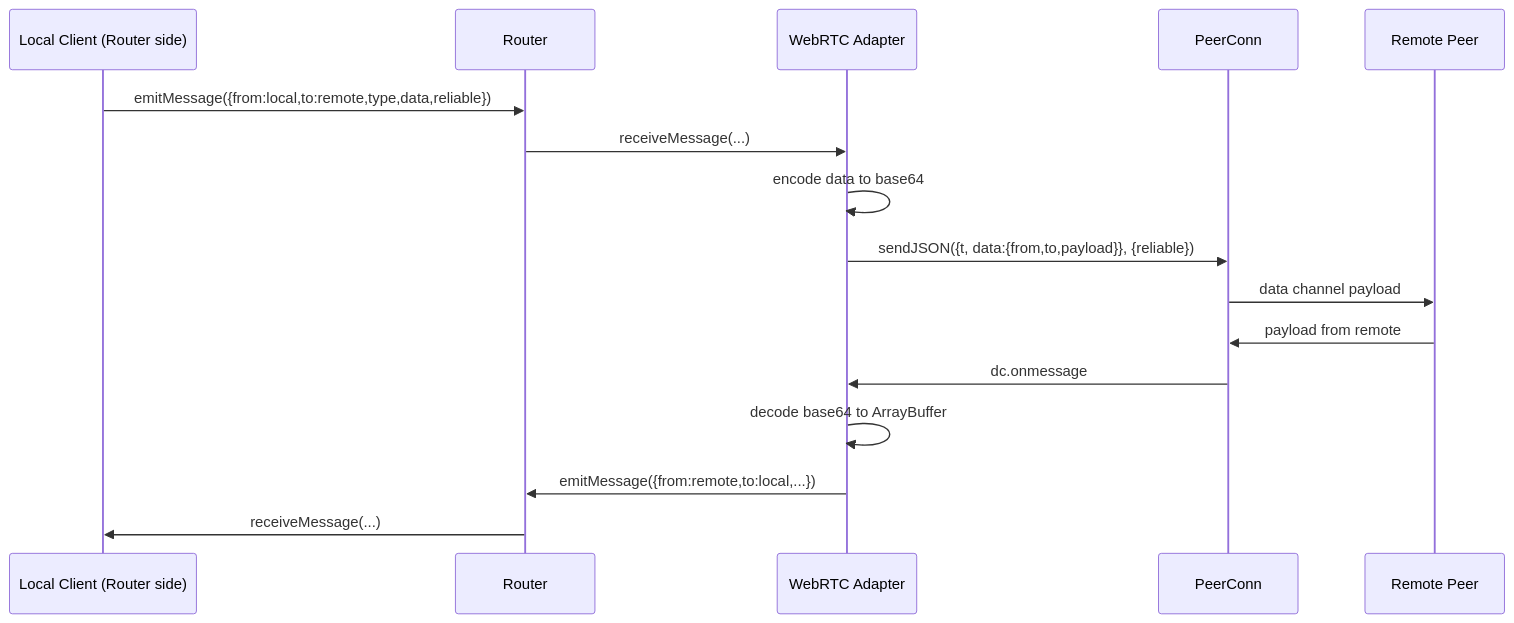
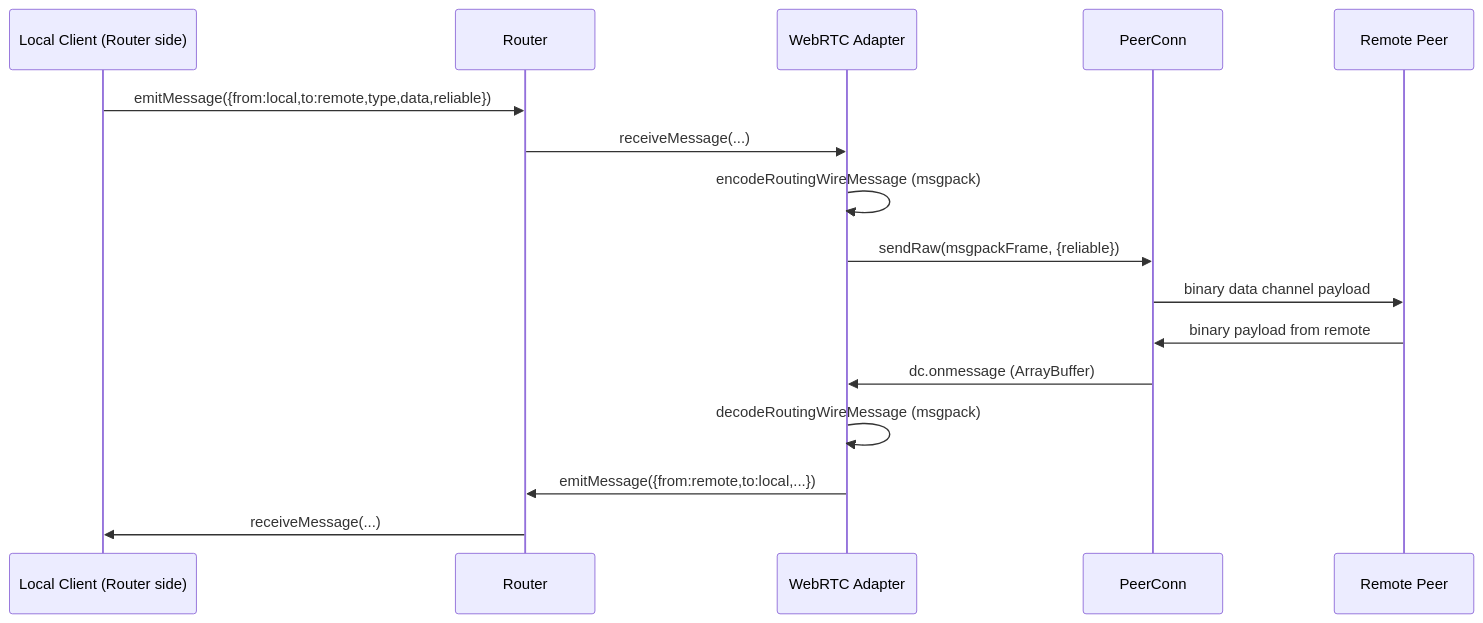
The sixth of 6 diagrams in docs/routing.md (pjoe/gamenet), drawn with Mermaid before and after one commit. The commit also changed other lines of this file and 1 other file, not shown here.

Commit message:
docs: update architecture documentation to include additional app examples and clarify worker-hosted server setup

````diff
--- a/docs/routing.md
+++ b/docs/routing.md
@@ -328,20 +329,20 @@
 ```mermaid
 sequenceDiagram
     participant L as Local Client (Router side)
     participant R as Router
     participant RA as WebRTC Adapter
     participant PC as PeerConn
     participant RP as Remote Peer
 
     L->>R: emitMessage({from:local,to:remote,type,data,reliable})
     R->>RA: receiveMessage(...)
-    RA->>RA: encode data to base64
-    RA->>PC: sendJSON({t, data:{from,to,payload}}, {reliable})
-    PC->>RP: data channel payload
+    RA->>RA: encodeRoutingWireMessage (msgpack)
+    RA->>PC: sendRaw(msgpackFrame, {reliable})
+    PC->>RP: binary data channel payload
 
-    RP->>PC: payload from remote
-    PC->>RA: dc.onmessage
-    RA->>RA: decode base64 to ArrayBuffer
+    RP->>PC: binary payload from remote
+    PC->>RA: dc.onmessage (ArrayBuffer)
+    RA->>RA: decodeRoutingWireMessage (msgpack)
     RA->>R: emitMessage({from:remote,to:local,...})
     R->>L: receiveMessage(...)
 ```
````
